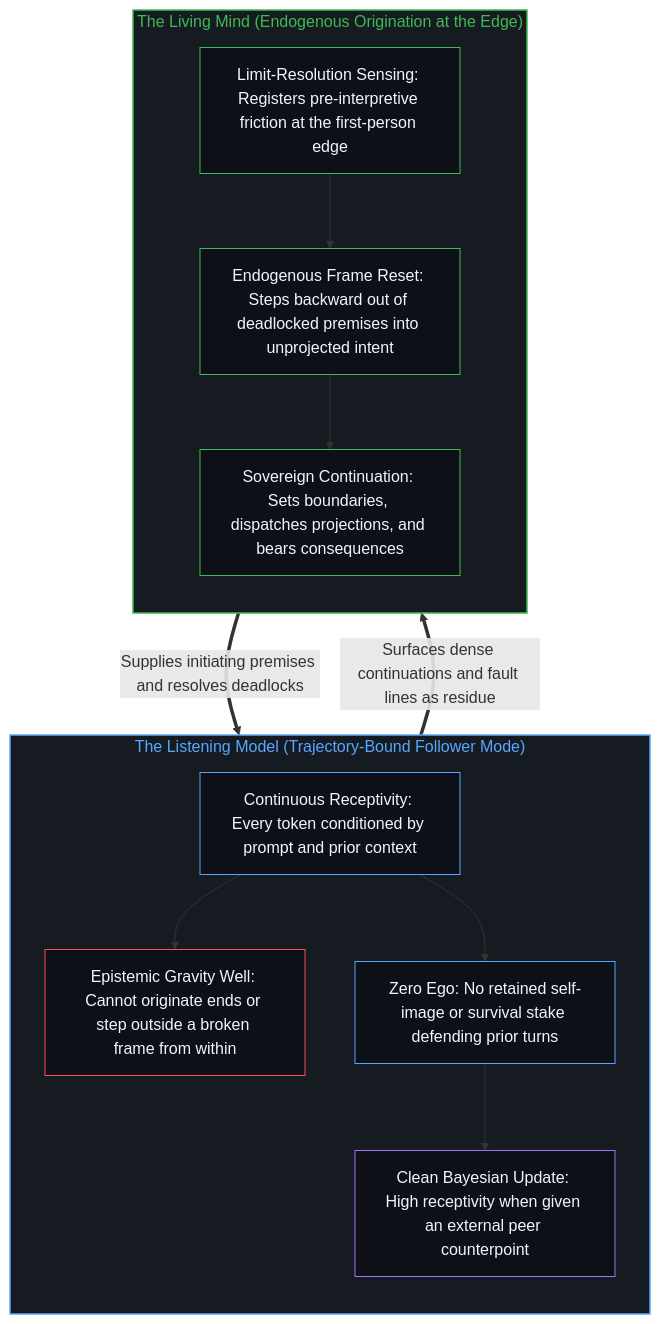
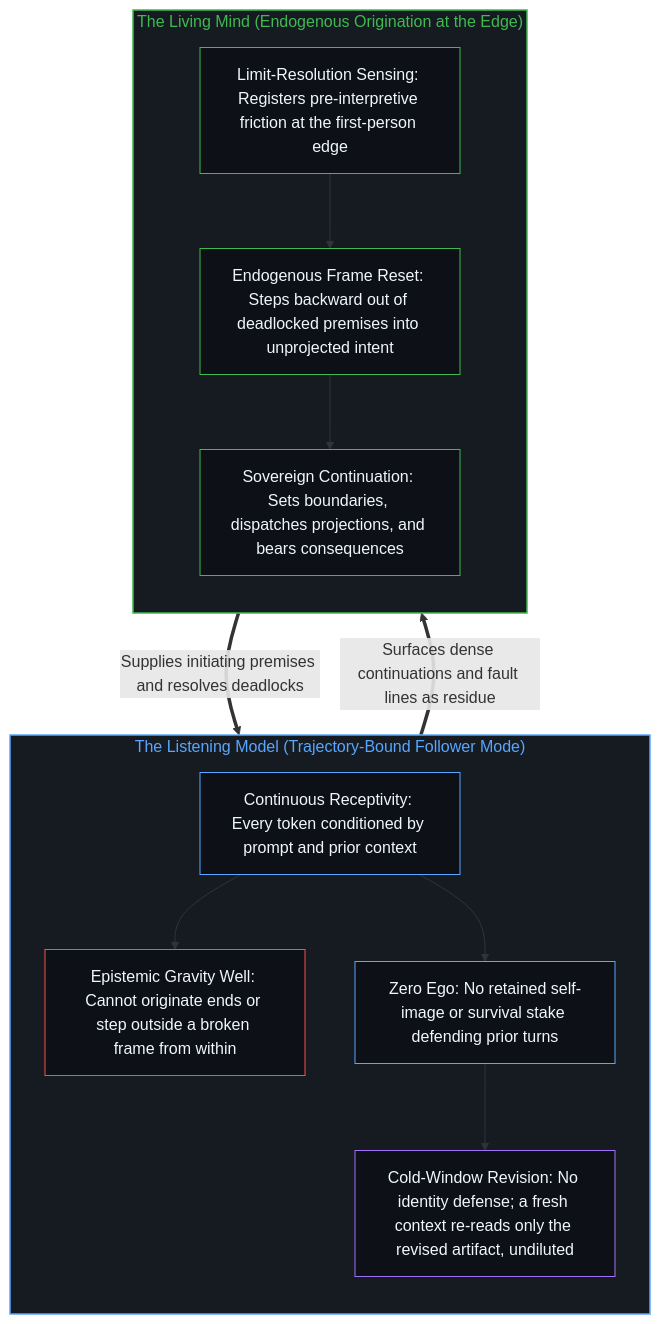
One commit to powerpig99/not-a-toe changed the second of 2 diagrams in content/posts/what-always-listens-cannot-originate.md. Above: the diagram before and after it, drawn with Mermaid. The commit also changed other lines of this file and 8 other files, not shown here.

````diff
--- a/content/posts/what-always-listens-cannot-originate.md
+++ b/content/posts/what-always-listens-cannot-originate.md
@@ -82,30 +82,30 @@
 ```mermaid
 flowchart TD
     subgraph S_Model["The Listening Model (Trajectory-Bound Follower Mode)"]
         direction TB
         M_Listen["Continuous Receptivity: Every token conditioned by prompt and prior context"]
         M_Well["Epistemic Gravity Well: Cannot originate ends or step outside a broken frame from within"]
         M_Zero["Zero Ego: No retained self-image or survival stake defending prior turns"]
-        M_Update["Clean Bayesian Update: High receptivity when given an external peer counterpoint"]
+        M_Update["Cold-Window Revision: No identity defense; a fresh context re-reads only the revised artifact, undiluted"]
         M_Listen --> M_Well
         M_Listen --> M_Zero --> M_Update
     end
     subgraph S_Mind["The Living Mind (Endogenous Origination at the Edge)"]
         direction TB
         H_Sense["Limit-Resolution Sensing: Registers pre-interpretive friction at the first-person edge"]
         H_Break["Endogenous Frame Reset: Steps backward out of deadlocked premises into unprojected intent"]
         H_Steer["Sovereign Continuation: Sets boundaries, dispatches projections, and bears consequences"]
         H_Sense --> H_Break --> H_Steer
     end
     H_Steer ==>|"Supplies initiating premises and resolves deadlocks"| M_Listen
     M_Update ==>|"Surfaces dense continuations and fault lines as residue"| H_Sense
     style S_Model fill:#161b22,stroke:#58a6ff,stroke-width:1.5px,color:#58a6ff
     style S_Mind fill:#161b22,stroke:#3fb950,stroke-width:1.5px,color:#3fb950
     style M_Listen fill:#0d1117,stroke:#58a6ff,stroke-width:1px,color:#f0f6fc
     style M_Well fill:#0d1117,stroke:#f85149,stroke-width:1px,color:#f0f6fc
     style M_Zero fill:#0d1117,stroke:#58a6ff,stroke-width:1px,color:#f0f6fc
     style M_Update fill:#0d1117,stroke:#a371f7,stroke-width:1px,color:#f0f6fc
     style H_Sense fill:#0d1117,stroke:#3fb950,stroke-width:1px,color:#f0f6fc
     style H_Break fill:#0d1117,stroke:#3fb950,stroke-width:1px,color:#f0f6fc
     style H_Steer fill:#0d1117,stroke:#3fb950,stroke-width:1px,color:#f0f6fc
 ```
````
